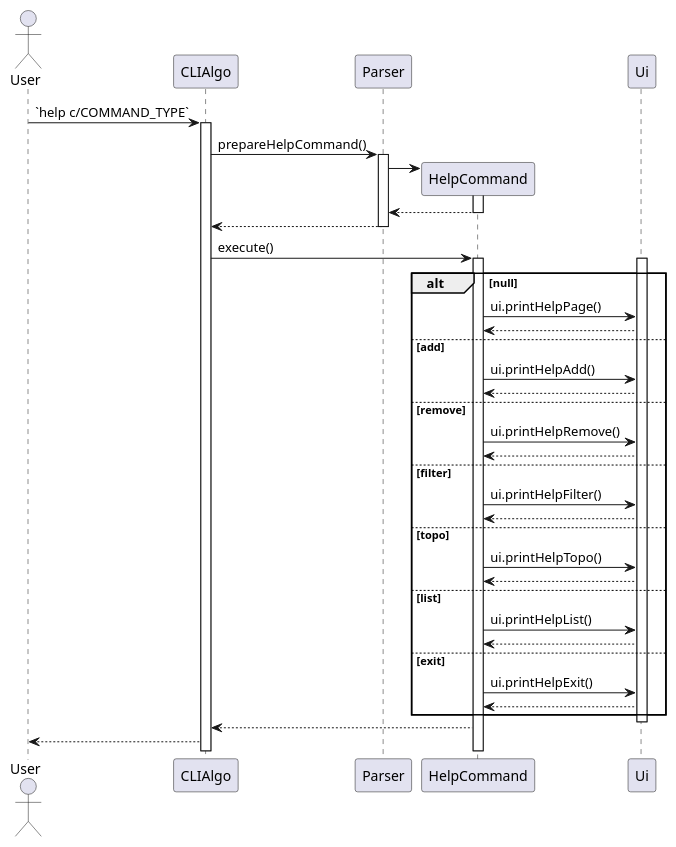
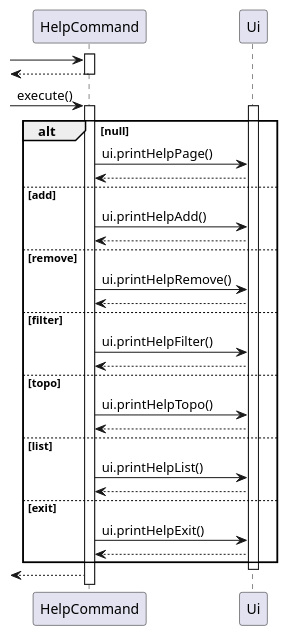
The diagram in docs/sequence/source-files/HelpFeature.puml (ong-ck/tp), drawn with PlantUML before and after one commit. The commit also changed 1 other file, not shown here.

Commit message:
Update HelpCommand sequence diagrams

```diff
--- a/docs/sequence/source-files/HelpFeature.puml
+++ b/docs/sequence/source-files/HelpFeature.puml
@@ -1,48 +1,38 @@
 @startuml
 
-actor User as u
-participant CLIAlgo as cli
-participant Parser as p
 participant HelpCommand as hc
 participant Ui as ui
 
-u -> cli : `help c/COMMAND_TYPE`
-activate cli
-cli -> p : prepareHelpCommand()
-activate p
-p -> hc **
 activate hc
-hc --> p
+ -> hc **
+<-- hc
 deactivate hc
-p --> cli
-deactivate p
-cli -> hc : execute()
-activate hc
+ -> hc : execute()
+ activate hc
 activate ui
     alt null
     hc -> ui : ui.printHelpPage()
     ui --> hc
     else add
     hc -> ui : ui.printHelpAdd()
     ui --> hc
     else remove
     hc -> ui : ui.printHelpRemove()
     ui --> hc
     else filter
     hc -> ui : ui.printHelpFilter()
     ui --> hc
     else topo
     hc -> ui : ui.printHelpTopo()
     ui --> hc
     else list
     hc -> ui : ui.printHelpList()
     ui --> hc
     else exit
     hc -> ui : ui.printHelpExit()
     ui --> hc
    end
 deactivate ui
-hc --> cli
-cli --> u
+<-- hc
 
 @enduml
```
